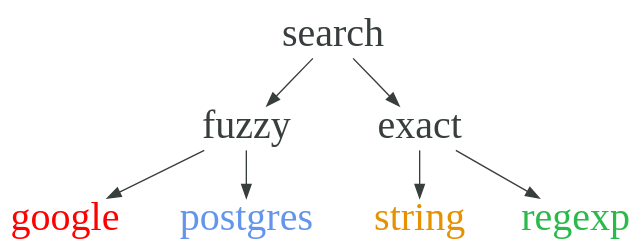
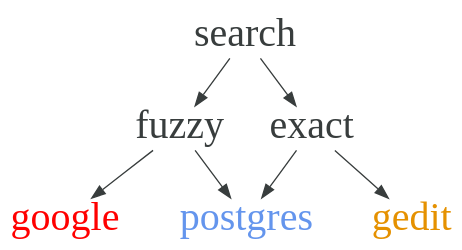
Before and after one commit to nirname/regexp-report: the second of 3 diagrams in source/index.md, drawn with Graphviz. The commit also changed other lines of this file and 1 other file, not shown here.

````diff
--- a/source/index.md
+++ b/source/index.md
@@ -21,20 +21,21 @@
 ```dot
 digraph workflow {
   bgcolor="transparent"
   node [fontsize="30.0" shape="plain" fontcolor="#383D3D"]
   edge [color="#383D3D"]
   #search [label=" "]
   search -> {
     fuzzy
     exact
   }
   fuzzy -> {
     google [fontcolor="red"]
+  }
+  { fuzzy exact } -> {
     postgres [fontcolor="cornflowerblue"]
   }
   exact -> {
-    string [fontcolor="#e59100"]
-    regexp [fontcolor="#2aba4c"]
+    gedit [fontcolor="#e59100"]
   }
 }
 ```
````
